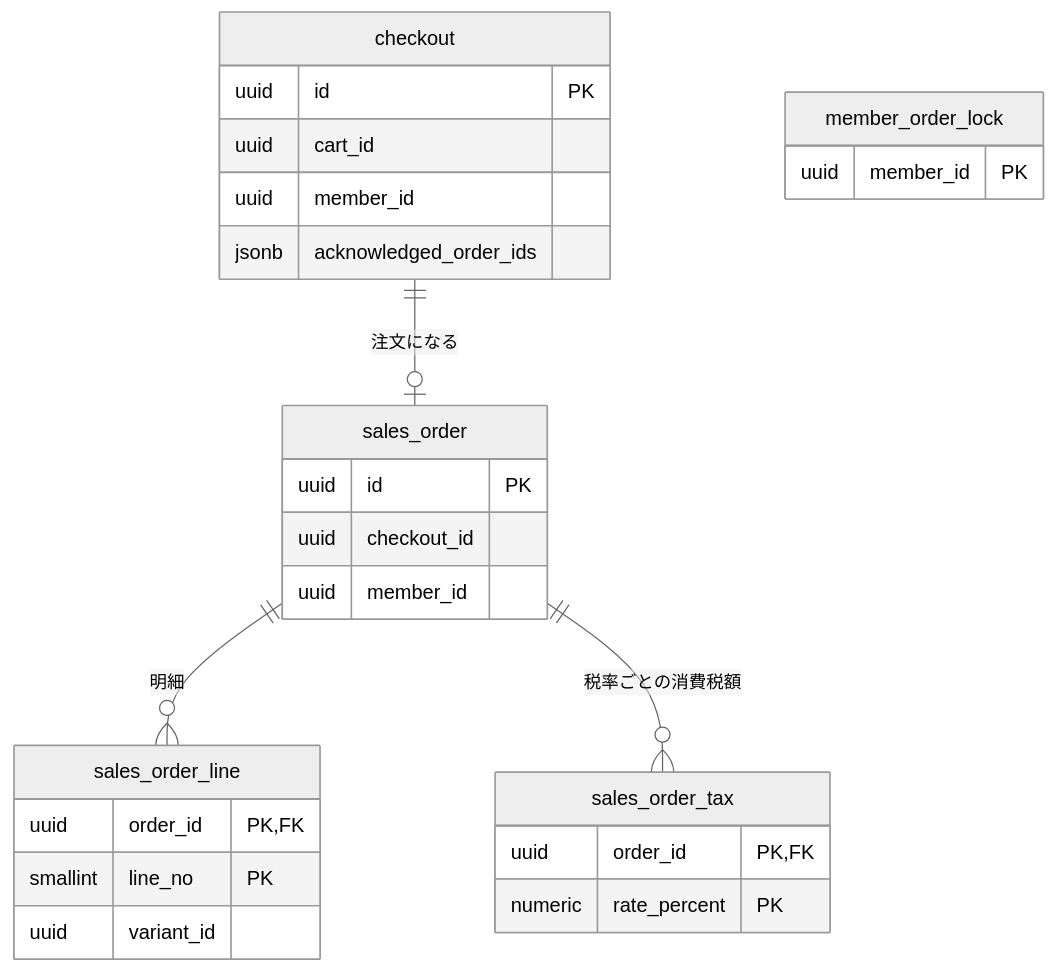
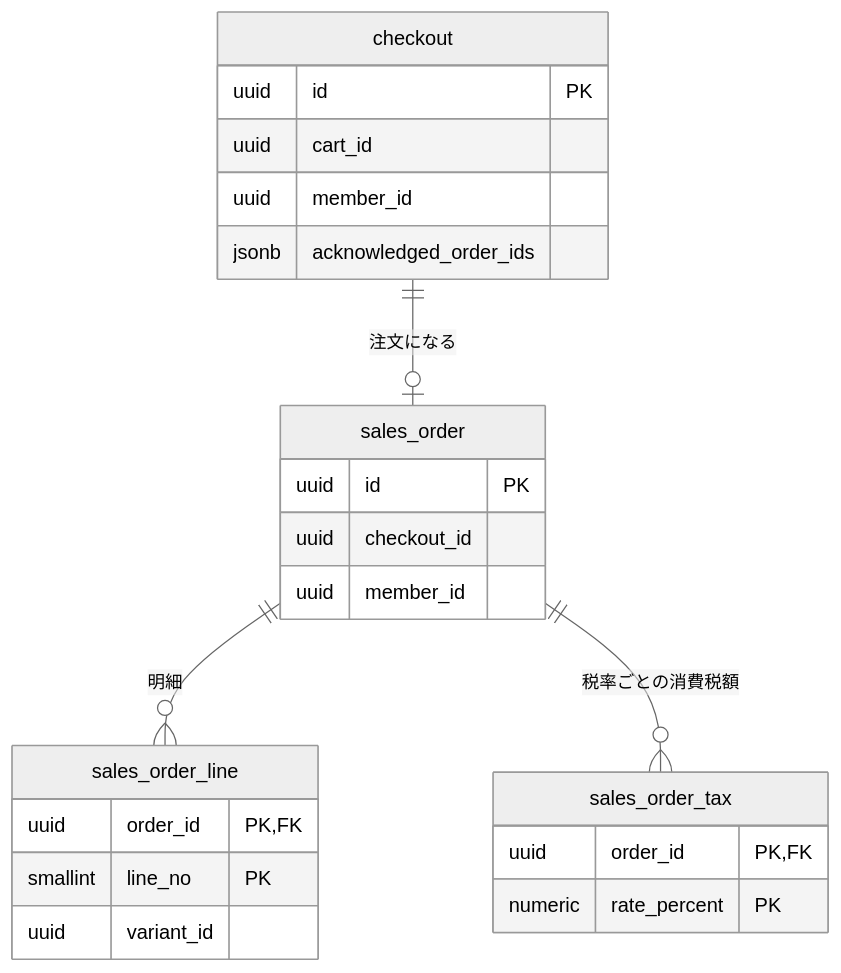
One commit to roger88106/ec-site changed the second of 2 diagrams in docs/03-機能仕様/order.md. Above: the diagram before and after it, drawn with Mermaid (neutral theme). The commit also changed other lines of this file and 4 other files, not shown here.

````diff
--- a/docs/03-機能仕様/order.md
+++ b/docs/03-機能仕様/order.md
@@ -180,29 +180,26 @@
 ```mermaid
 erDiagram
     checkout {
         uuid id PK
         uuid cart_id
         uuid member_id
         jsonb acknowledged_order_ids
-    }
-    member_order_lock {
-        uuid member_id PK
     }
     sales_order {
         uuid id PK
         uuid checkout_id
         uuid member_id
     }
     sales_order_line {
         uuid order_id PK, FK
         smallint line_no PK
         uuid variant_id
     }
     sales_order_tax {
         uuid order_id PK, FK
         numeric rate_percent PK
     }
     checkout ||--o| sales_order : "注文になる"
     sales_order ||--o{ sales_order_line : "明細"
     sales_order ||--o{ sales_order_tax : "税率ごとの消費税額"
 ```
````
